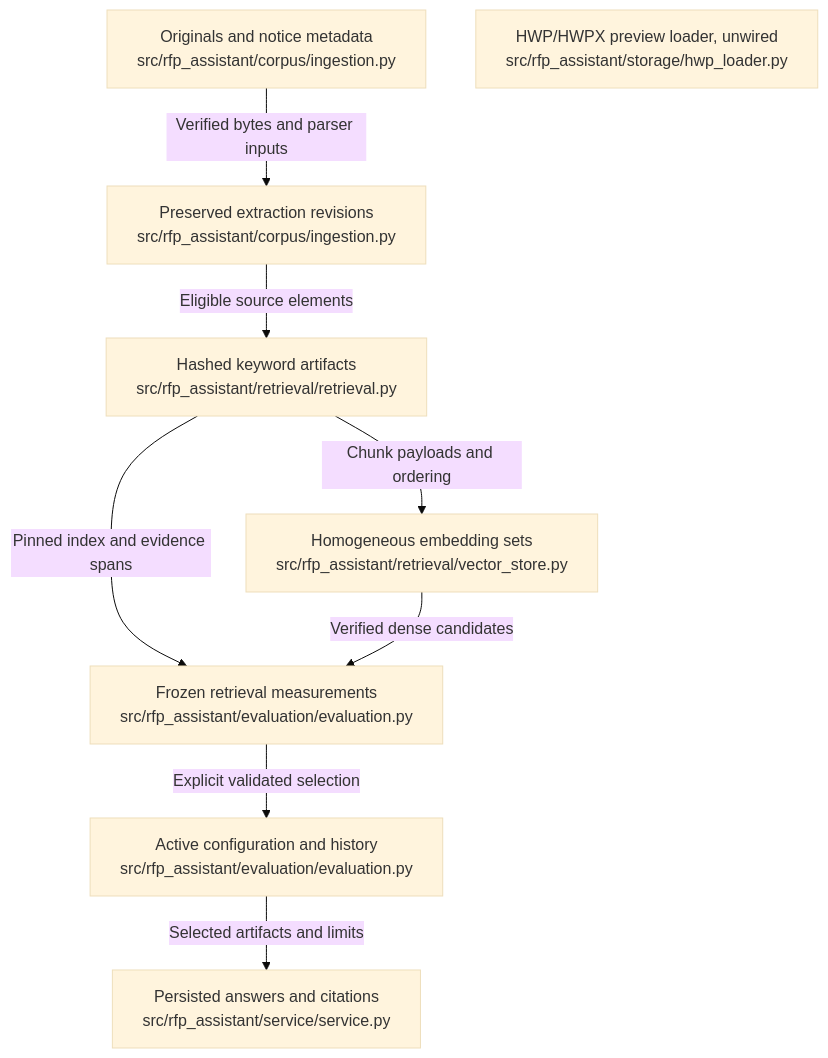
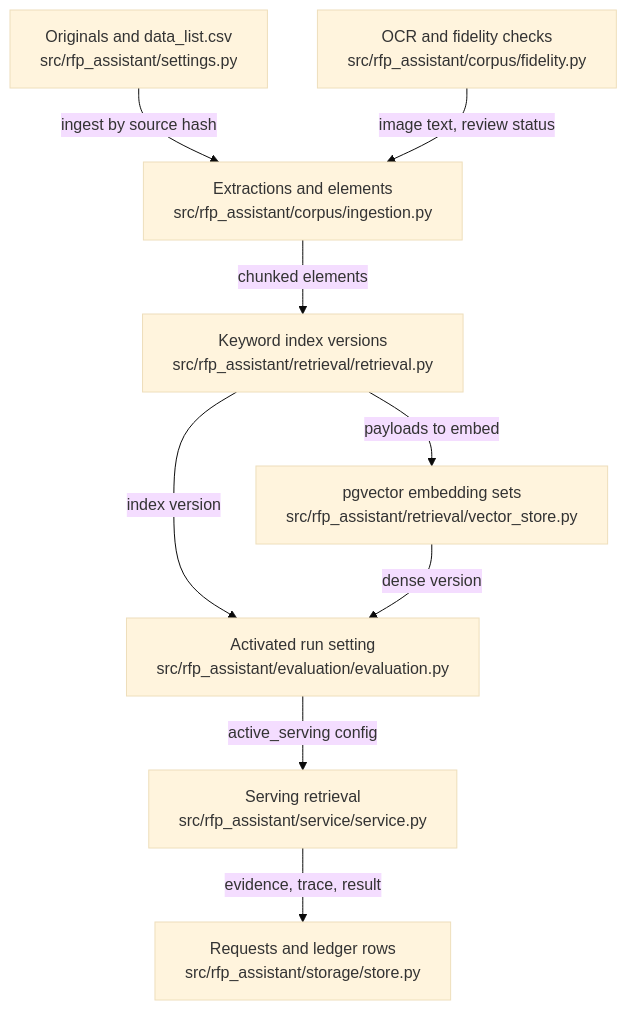
One commit to littleeeeebit/project-codeit-mid changed the diagram in .omm/data-flow/diagram.mmd. Above: the diagram before and after it, drawn with Mermaid (base theme). The commit also changed 522 other files, not shown here.

```diff
--- a/.omm/data-flow/diagram.mmd
+++ b/.omm/data-flow/diagram.mmd
@@ -1,9 +1,17 @@
 graph TD
-originals["Originals and notice metadata\nsrc/rfp_assistant/corpus/ingestion.py"] -->|Verified bytes and parser inputs| extraction["Preserved extraction revisions\nsrc/rfp_assistant/corpus/ingestion.py"]
-extraction -->|Eligible source elements| keyword["Hashed keyword artifacts\nsrc/rfp_assistant/retrieval/retrieval.py"]
-keyword -->|Chunk payloads and ordering| vectors["Homogeneous embedding sets\nsrc/rfp_assistant/retrieval/vector_store.py"]
-keyword -->|Pinned index and evidence spans| measurements["Frozen retrieval measurements\nsrc/rfp_assistant/evaluation/evaluation.py"]
-vectors -->|Verified dense candidates| measurements
-measurements -->|Explicit validated selection| activation["Active configuration and history\nsrc/rfp_assistant/evaluation/evaluation.py"]
-activation -->|Selected artifacts and limits| requests["Persisted answers and citations\nsrc/rfp_assistant/service/service.py"]
-preview["HWP/HWPX preview loader, unwired\nsrc/rfp_assistant/storage/hwp_loader.py"]
+  source-originals["Originals and data_list.csv\nsrc/rfp_assistant/settings.py"]
+  extractions["Extractions and elements\nsrc/rfp_assistant/corpus/ingestion.py"]
+  ocr-fidelity["OCR and fidelity checks\nsrc/rfp_assistant/corpus/fidelity.py"]
+  keyword-index["Keyword index versions\nsrc/rfp_assistant/retrieval/retrieval.py"]
+  vector-sets["pgvector embedding sets\nsrc/rfp_assistant/retrieval/vector_store.py"]
+  active-run["Activated run setting\nsrc/rfp_assistant/evaluation/evaluation.py"]
+  serving-retrieval["Serving retrieval\nsrc/rfp_assistant/service/service.py"]
+  request-records["Requests and ledger rows\nsrc/rfp_assistant/storage/store.py"]
+  source-originals -->|ingest by source hash| extractions
+  ocr-fidelity -->|image text, review status| extractions
+  extractions -->|chunked elements| keyword-index
+  keyword-index -->|payloads to embed| vector-sets
+  keyword-index -->|index version| active-run
+  vector-sets -->|dense version| active-run
+  active-run -->|active_serving config| serving-retrieval
+  serving-retrieval -->|evidence, trace, result| request-records
```
